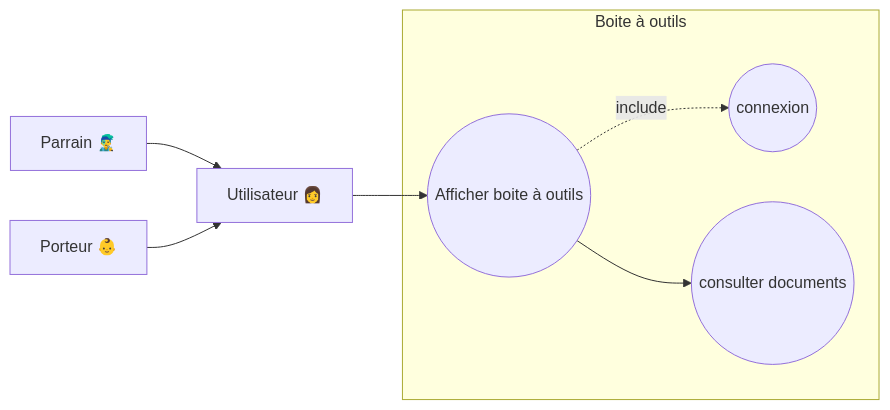
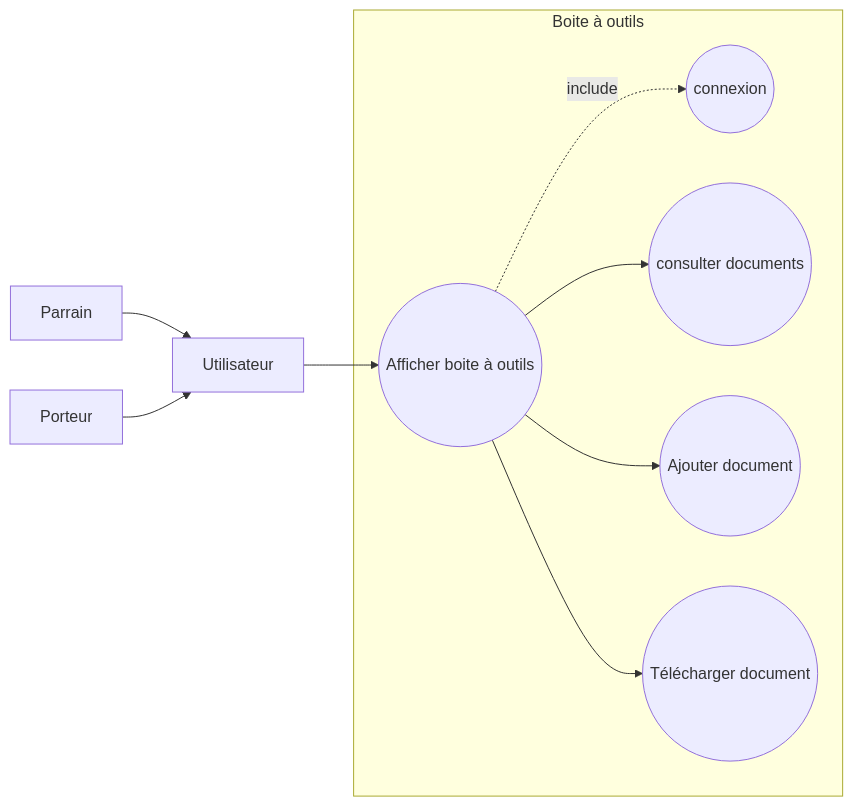
The fourth of 8 diagrams in docs/use-cases/useCaseDiagram.md (corantoine/TTM), drawn with Mermaid before and after one commit. The commit also changed other lines of this file and 31 other files, not shown here.

````diff
--- a/docs/use-cases/useCaseDiagram.md
+++ b/docs/use-cases/useCaseDiagram.md
@@ -88,17 +83,20 @@
 ```mermaid
 flowchart LR
 subgraph Boite à outils
 log((connexion))
 uc1((Afficher boite à outils))
 uc2((consulter documents))
+uc3((Ajouter  document))
+uc4((Télécharger  document))
 end
 
 user --> uc1 -. include .-> log
 uc1 --> uc2
-user[Utilisateur 👩]
-port[Porteur 👶]
-parr[Parrain 👨‍🎤]
+uc1 --> uc3
+uc1 --> uc4
+user[Utilisateur]
+port[Porteur]
+parr[Parrain]
 parr --> user
 port --> user
-
 ```
````
